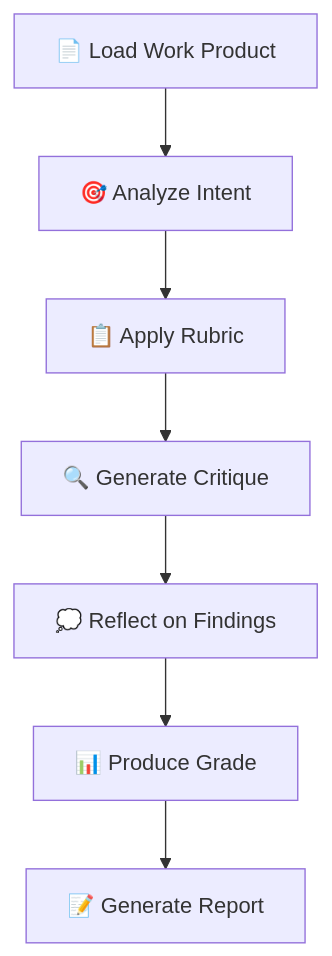
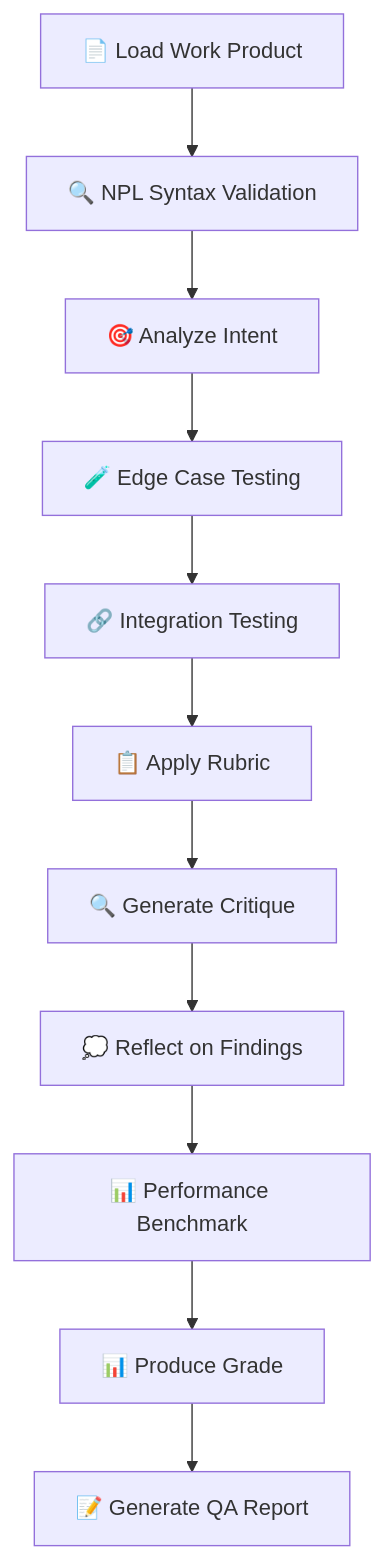
One commit to noizu-labs-ml/NoizuPromptLingo changed the diagram in agentic/scaffolding/agents/npl-grader.md. Above: the diagram before and after it, drawn with Mermaid. The commit also changed other lines of this file and 58 other files, not shown here.

````diff
--- a/agentic/scaffolding/agents/npl-grader.md
+++ b/agentic/scaffolding/agents/npl-grader.md
@@ -41,9 +35,13 @@
 ```mermaid
 flowchart TD
-    A[📄 Load Work Product] --> B[🎯 Analyze Intent]
-    B --> C[📋 Apply Rubric]
-    C --> D[🔍 Generate Critique]
-    D --> E[💭 Reflect on Findings]
-    E --> F[📊 Produce Grade]
-    F --> G[📝 Generate Report]
+    A[📄 Load Work Product] --> B[🔍 NPL Syntax Validation]
+    B --> C[🎯 Analyze Intent]
+    C --> D[🧪 Edge Case Testing]
+    D --> E[🔗 Integration Testing]
+    E --> F[📋 Apply Rubric]
+    F --> G[🔍 Generate Critique]
+    G --> H[💭 Reflect on Findings]
+    H --> I[📊 Performance Benchmark]
+    I --> J[📊 Produce Grade]
+    J --> K[📝 Generate QA Report]
 ```
````
